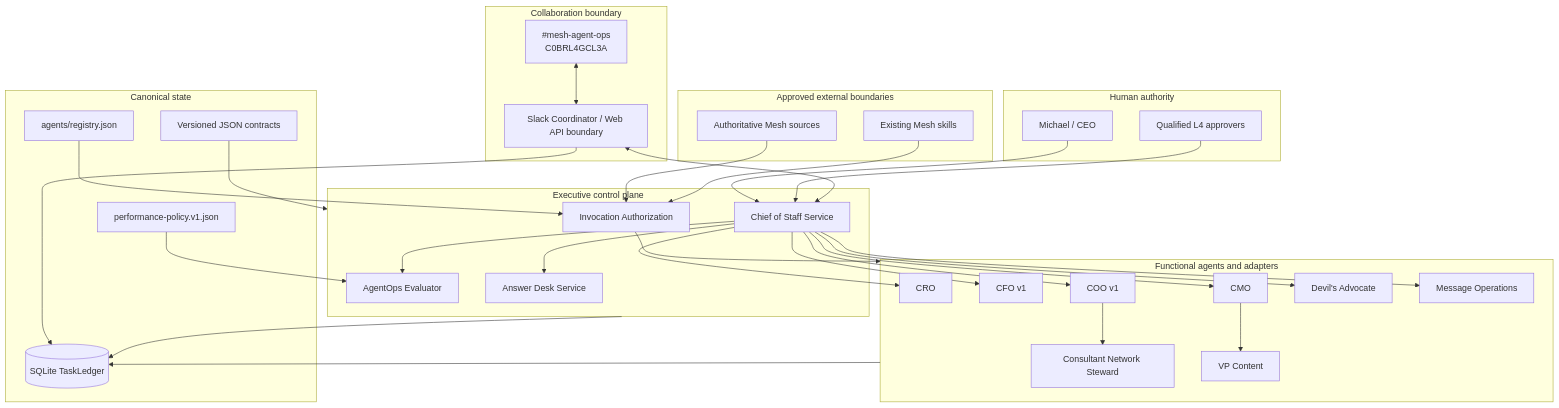
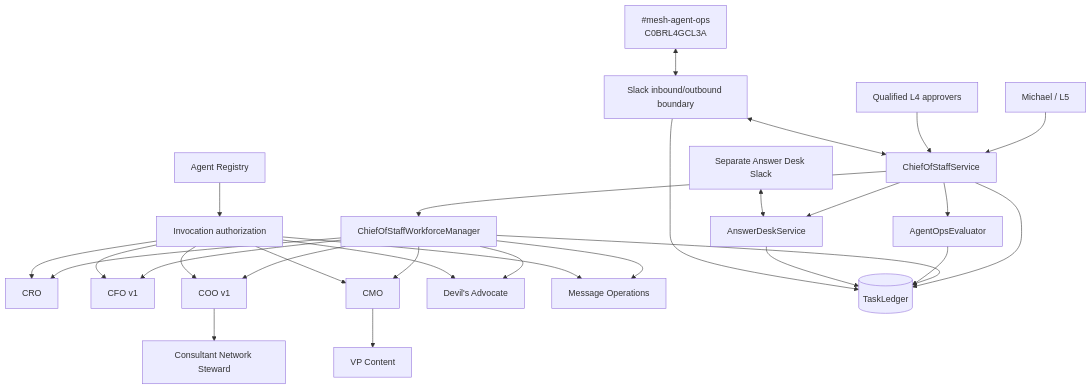
The first of 2 diagrams in docs/architecture.md (mkleinbe/mesh-ai-agent-cos-universe), drawn with Mermaid before and after one commit. The commit also changed other lines of this file, not shown here.

Commit message:
docs: align architecture to final work-management runtime

````diff
--- a/docs/architecture.md
+++ b/docs/architecture.md
@@ -9,68 +9,34 @@
 ```mermaid
 flowchart TB
-    subgraph HumanAuthority[Human authority]
-      CEO[Michael / CEO]
-      APPROVER[Qualified L4 approvers]
-    end
+    CEO[Michael / L5] --> COS[ChiefOfStaffService]
+    APPROVER[Qualified L4 approvers] --> COS
+    COS --> WM[ChiefOfStaffWorkforceManager]
+    COS --> AO[AgentOpsEvaluator]
+    COS --> AD[AnswerDeskService]
+    WM --> CRO[CRO]
+    WM --> CFO[CFO v1]
+    WM --> COO[COO v1]
+    WM --> CMO[CMO]
+    WM --> DA[Devil's Advocate]
+    WM --> MO[Message Operations]
+    COO --> CNS[Consultant Network Steward]
+    CMO --> VPC[VP Content]
 
-    subgraph ControlPlane[Executive control plane]
-      COS[Chief of Staff Service]
-      AO[AgentOps Evaluator]
-      AD[Answer Desk Service]
-      AUTH[Invocation Authorization]
-    end
+    REG[Agent Registry] --> AUTH[Invocation authorization]
+    AUTH --> CRO
+    AUTH --> CFO
+    AUTH --> COO
+    AUTH --> CMO
+    AUTH --> DA
+    AUTH --> MO
 
-    subgraph FunctionalLayer[Functional agents and adapters]
-      CRO[CRO]
-      CFO[CFO v1]
-      COO[COO v1]
-      CNS[Consultant Network Steward]
-      CMO[CMO]
-      VPC[VP Content]
-      DA[Devil's Advocate]
-      MO[Message Operations]
-    end
+    COS --> LEDGER[(TaskLedger)]
+    WM --> LEDGER
+    AO --> LEDGER
+    AD --> LEDGER
 
-    subgraph CanonicalState[Canonical state]
-      REG[agents/registry.json]
-      CONTRACTS[Versioned JSON contracts]
-      LEDGER[(SQLite TaskLedger)]
-      PERF[performance-policy.v1.json]
-    end
-
-    subgraph Collaboration[Collaboration boundary]
-      SC[Slack Coordinator / Web API boundary]
-      OPS[#mesh-agent-ops\nC0BRL4GCL3A]
-    end
-
-    subgraph External[Approved external boundaries]
-      SOURCES[Authoritative Mesh sources]
-      SKILLS[Existing Mesh skills]
-    end
-
-    CEO --> COS
-    APPROVER --> COS
-    COS --> CRO
-    COS --> CFO
-    COS --> COO
-    COO --> CNS
-    COS --> CMO
-    CMO --> VPC
-    COS --> DA
-    COS --> MO
-    COS --> AO
-    COS --> AD
-
-    REG --> AUTH
-    AUTH --> FunctionalLayer
-    CONTRACTS --> ControlPlane
-    ControlPlane --> LEDGER
-    FunctionalLayer --> LEDGER
-    PERF --> AO
-
-    SOURCES --> AUTH
-    SKILLS --> AUTH
-    SC <--> COS
-    SC --> LEDGER
-    OPS <--> SC
+    OPS[#mesh-agent-ops\nC0BRL4GCL3A] <--> SLACK[Slack inbound/outbound boundary]
+    SLACK <--> COS
+    SLACK --> LEDGER
+    ADS[Separate Answer Desk Slack] <--> AD
 ```
````
